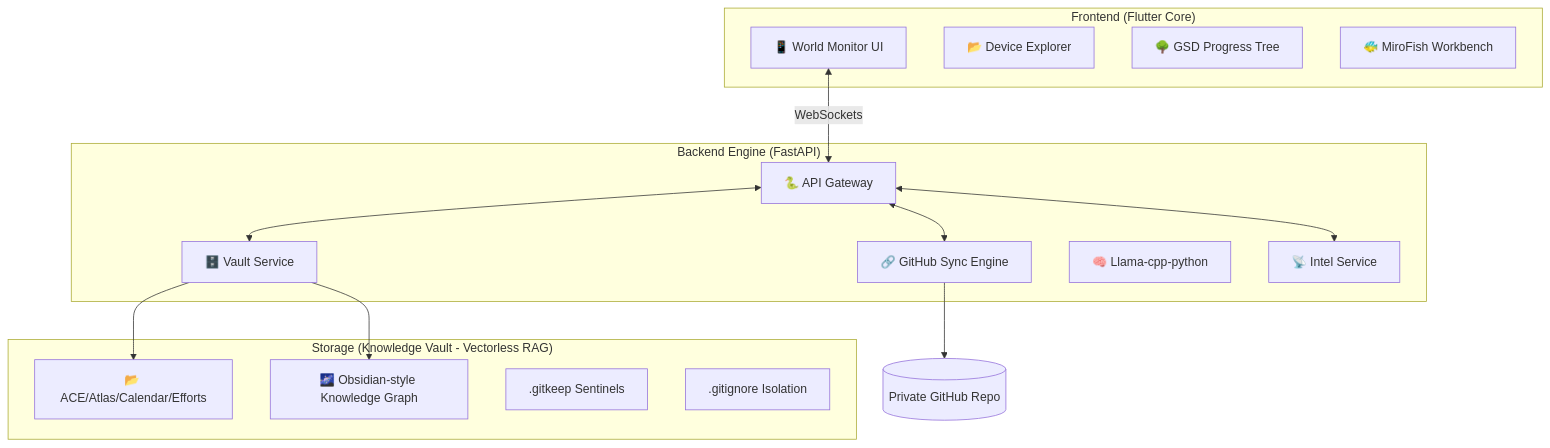
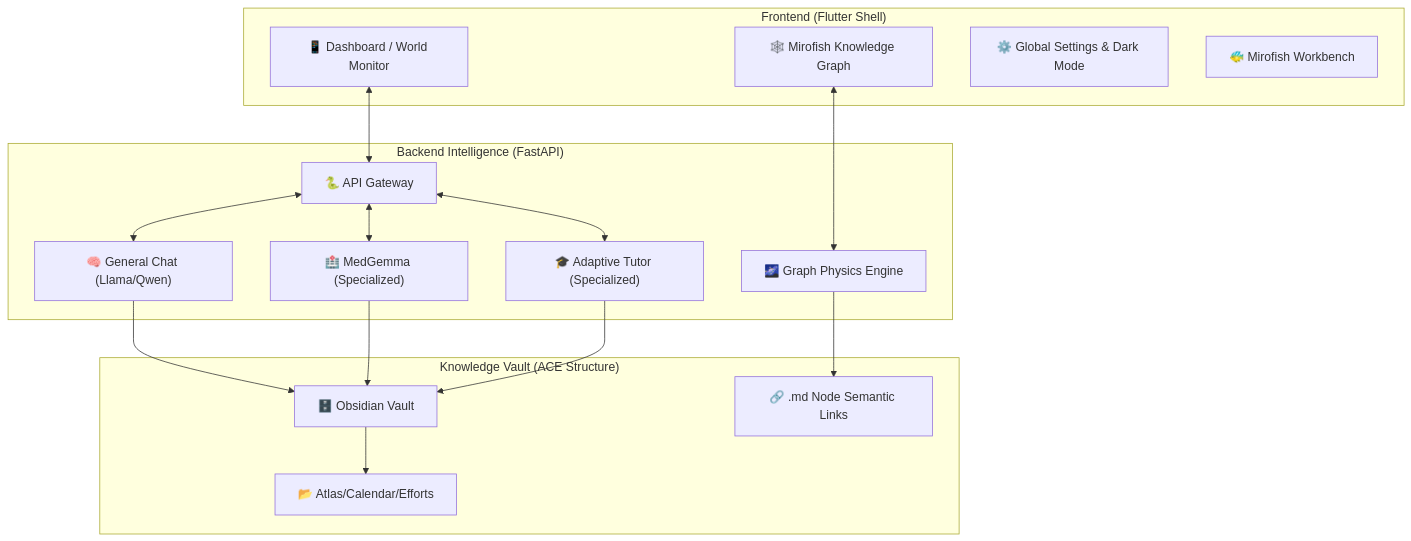
The diagram in README.md (ankit-sengupta05/CyborgAI), drawn with Mermaid before and after one commit. The commit also changed other lines of this file, not shown here.

Commit message:
Update README with new Mirofish graph architecture and Gemma 4 tracks

````diff
--- a/README.md
+++ b/README.md
@@ -42,32 +40,34 @@
 ```mermaid
 graph TD
-    subgraph "Frontend (Flutter Core)"
-        UI["📱 World Monitor UI"]
-        DE["📂 Device Explorer"]
-        GT["🌳 GSD Progress Tree"]
-        MF["🐠 MiroFish Workbench"]
+    subgraph "Frontend (Flutter Shell)"
+        UI["📱 Dashboard / World Monitor"]
+        KG["🕸️ Mirofish Knowledge Graph"]
+        GS["⚙️ Global Settings & Dark Mode"]
+        MF["🐠 Mirofish Workbench"]
     end
 
-    subgraph "Backend Engine (FastAPI)"
+    subgraph "Backend Intelligence (FastAPI)"
         API["🐍 API Gateway"]
-        SYNC["🔗 GitHub Sync Engine"]
-        VAULT["🗄️ Vault Service"]
-        LLM["🧠 Llama-cpp-python"]
-        INTEL["📡 Intel Service"]
+        LLM["🧠 General Chat (Llama/Qwen)"]
+        MED["🏥 MedGemma (Specialized)"]
+        EDU["🎓 Adaptive Tutor (Specialized)"]
+        KGE["🌌 Graph Physics Engine"]
     end
 
-    subgraph "Storage (Knowledge Vault - Vectorless RAG)"
-        ACE["📂 ACE/Atlas/Calendar/Efforts"]
-        GRAPH["🌌 Obsidian-style Knowledge Graph"]
-        KEEP[".gitkeep Sentinels"]
-        IGNORE[".gitignore Isolation"]
+    subgraph "Knowledge Vault (ACE Structure)"
+        VAULT["🗄️ Obsidian Vault"]
+        GRAPH["🔗 .md Node Semantic Links"]
+        ACE["📂 Atlas/Calendar/Efforts"]
     end
 
-    UI <-->|WebSockets| API
-    API <--> SYNC
-    API <--> VAULT
-    API <--> INTEL
+    UI <--> API
+    KG <--> KGE
+    API <--> LLM
+    API <--> MED
+    API <--> EDU
+    LLM --> VAULT
+    KGE --> GRAPH
+    MED --> VAULT
+    EDU --> VAULT
     VAULT --> ACE
-    VAULT --> GRAPH
-    SYNC --> GITHUB[(Private GitHub Repo)]
 ```
````
